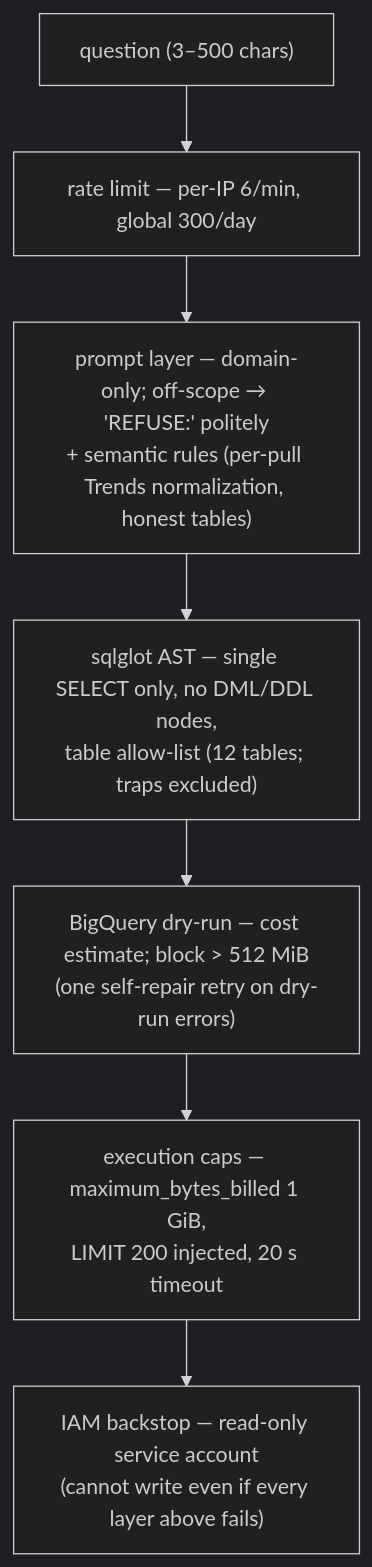
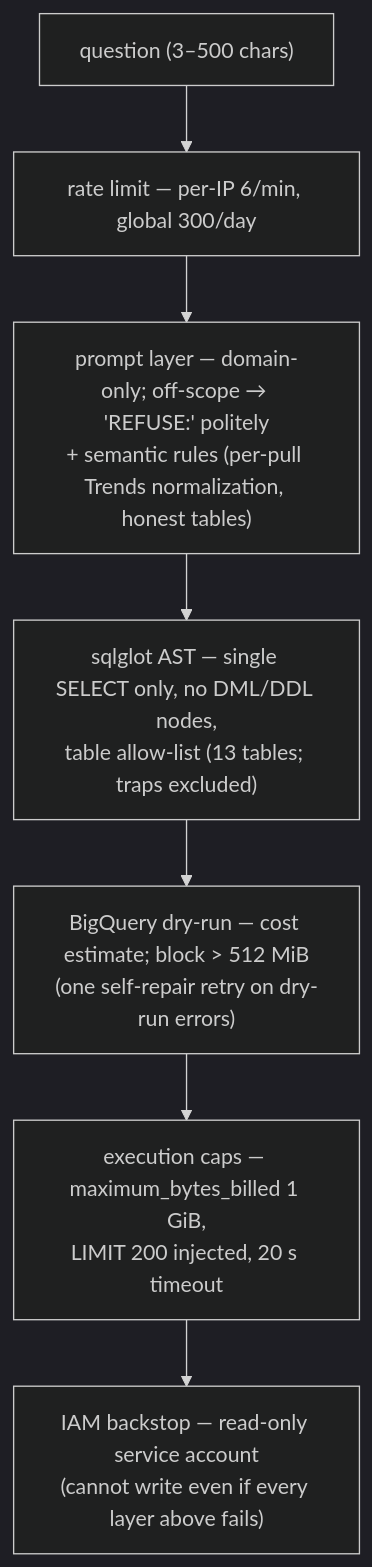
The second of 2 diagrams in docs/architecture.md (nnaderzad/msds683-arch-project), drawn with Mermaid (dark theme) before and after one commit. The commit also changed other lines of this file, not shown here.

Commit message:
docs: architecture — current through 2026-08-10 (97% eval, 19hz interim, 30s cold start, QA layer)

````diff
--- a/docs/architecture.md
+++ b/docs/architecture.md
@@ -185,9 +192,9 @@
 ```mermaid
 flowchart TD
     Q["question (3–500 chars)"] --> RL["rate limit — per-IP 6/min, global 300/day"]
     RL --> P["prompt layer — domain-only; off-scope → 'REFUSE:' politely<br/>+ semantic rules (per-pull Trends normalization, honest tables)"]
-    P --> AST["sqlglot AST — single SELECT only, no DML/DDL nodes,<br/>table allow-list (12 tables; traps excluded)"]
+    P --> AST["sqlglot AST — single SELECT only, no DML/DDL nodes,<br/>table allow-list (13 tables; traps excluded)"]
     AST --> DRY["BigQuery dry-run — cost estimate; block > 512 MiB<br/>(one self-repair retry on dry-run errors)"]
     DRY --> EX["execution caps — maximum_bytes_billed 1 GiB,<br/>LIMIT 200 injected, 20 s timeout"]
     EX --> IAM["IAM backstop — read-only service account<br/>(cannot write even if every layer above fails)"]
 ```
````
